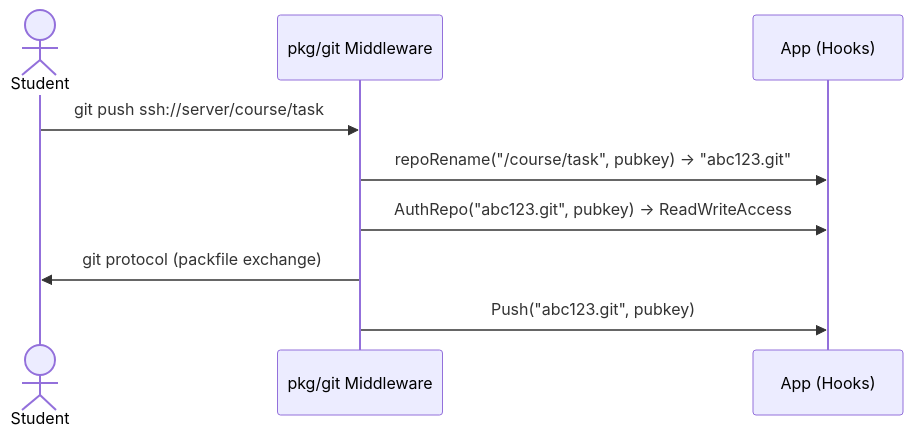
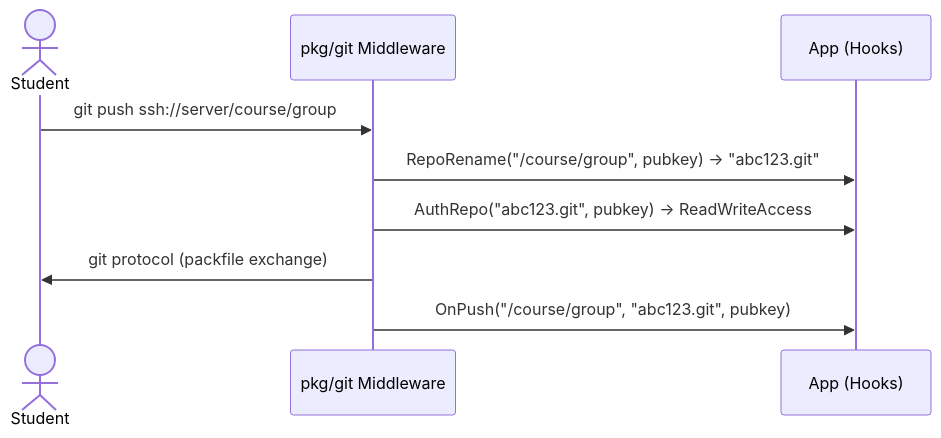
Before and after one commit to dsc-sgu/mm-backend: the first of 2 diagrams in pkg/git/README.md, drawn with Mermaid. The commit also changed other lines of this file and 17 other files, not shown here.

````diff
--- a/pkg/git/README.md
+++ b/pkg/git/README.md
@@ -17,12 +17,12 @@
 ```mermaid
 sequenceDiagram
     actor Student
     participant Middleware as pkg/git Middleware
     participant Hooks as App (Hooks)
 
-    Student->>Middleware: git push ssh://server/course/task
-    Middleware->>Hooks: repoRename("/course/task", pubkey) → "abc123.git"
+    Student->>Middleware: git push ssh://server/course/group
+    Middleware->>Hooks: RepoRename("/course/group", pubkey) → "abc123.git"
     Middleware->>Hooks: AuthRepo("abc123.git", pubkey) → ReadWriteAccess
     Middleware->>Student: git protocol (packfile exchange)
-    Middleware->>Hooks: Push("abc123.git", pubkey)
+    Middleware->>Hooks: OnPush("/course/group", "abc123.git", pubkey)
 ```
````
